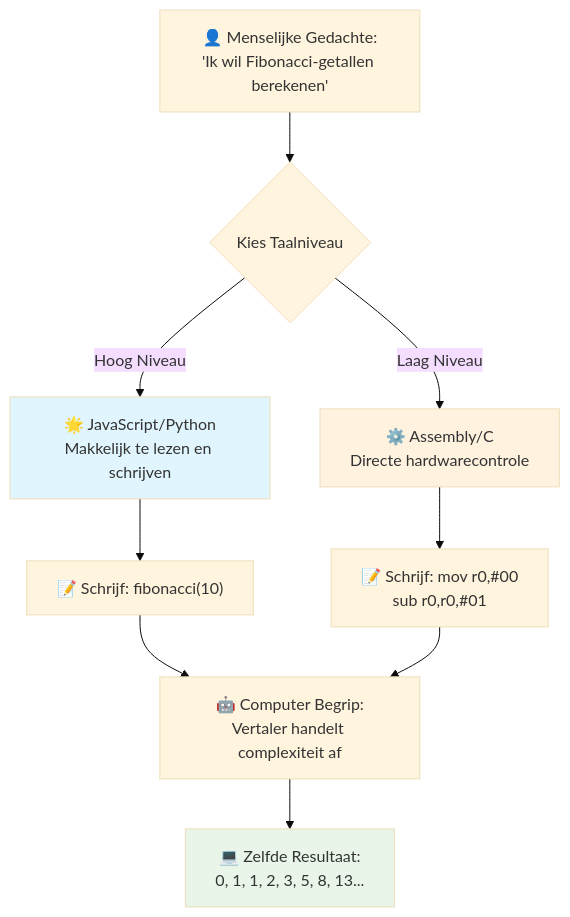
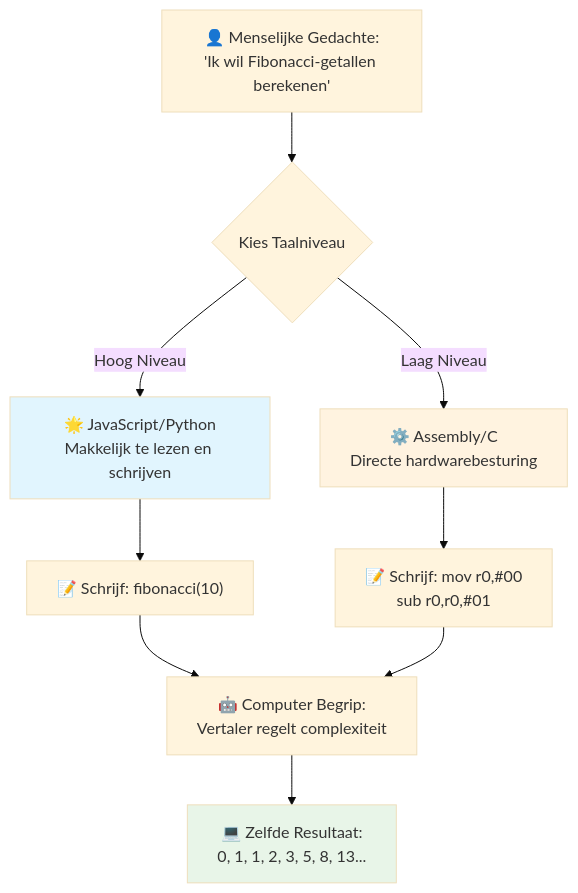
The third of 7 diagrams in translations/nl/1-getting-started-lessons/1-intro-to-programming-languages/README.md (microsoft/Web-Dev-For-Beginners), drawn with Mermaid (base theme) before and after one commit. The commit also changed other lines of this file and 8 other files, not shown here.

````diff
--- a/translations/nl/1-getting-started-lessons/1-intro-to-programming-languages/README.md
+++ b/translations/nl/1-getting-started-lessons/1-intro-to-programming-languages/README.md
@@ -148,19 +148,19 @@
 ```mermaid
 flowchart TB
     A["👤 Menselijke Gedachte:<br/>'Ik wil Fibonacci-getallen berekenen'"] --> B{Kies Taalniveau}
     
     B -->|Hoog Niveau| C["🌟 JavaScript/Python<br/>Makkelijk te lezen en schrijven"]
-    B -->|Laag Niveau| D["⚙️ Assembly/C<br/>Directe hardwarecontrole"]
+    B -->|Laag Niveau| D["⚙️ Assembly/C<br/>Directe hardwarebesturing"]
     
     C --> E["📝 Schrijf: fibonacci(10)"]
     D --> F["📝 Schrijf: mov r0,#00<br/>sub r0,r0,#01"]
     
-    E --> G["🤖 Computer Begrip:<br/>Vertaler handelt complexiteit af"]
+    E --> G["🤖 Computer Begrip:<br/>Vertaler regelt complexiteit"]
     F --> G
     
     G --> H["💻 Zelfde Resultaat:<br/>0, 1, 1, 2, 3, 5, 8, 13..."]
     
     style C fill:#e1f5fe
     style D fill:#fff3e0
     style H fill:#e8f5e8
 ```
````
